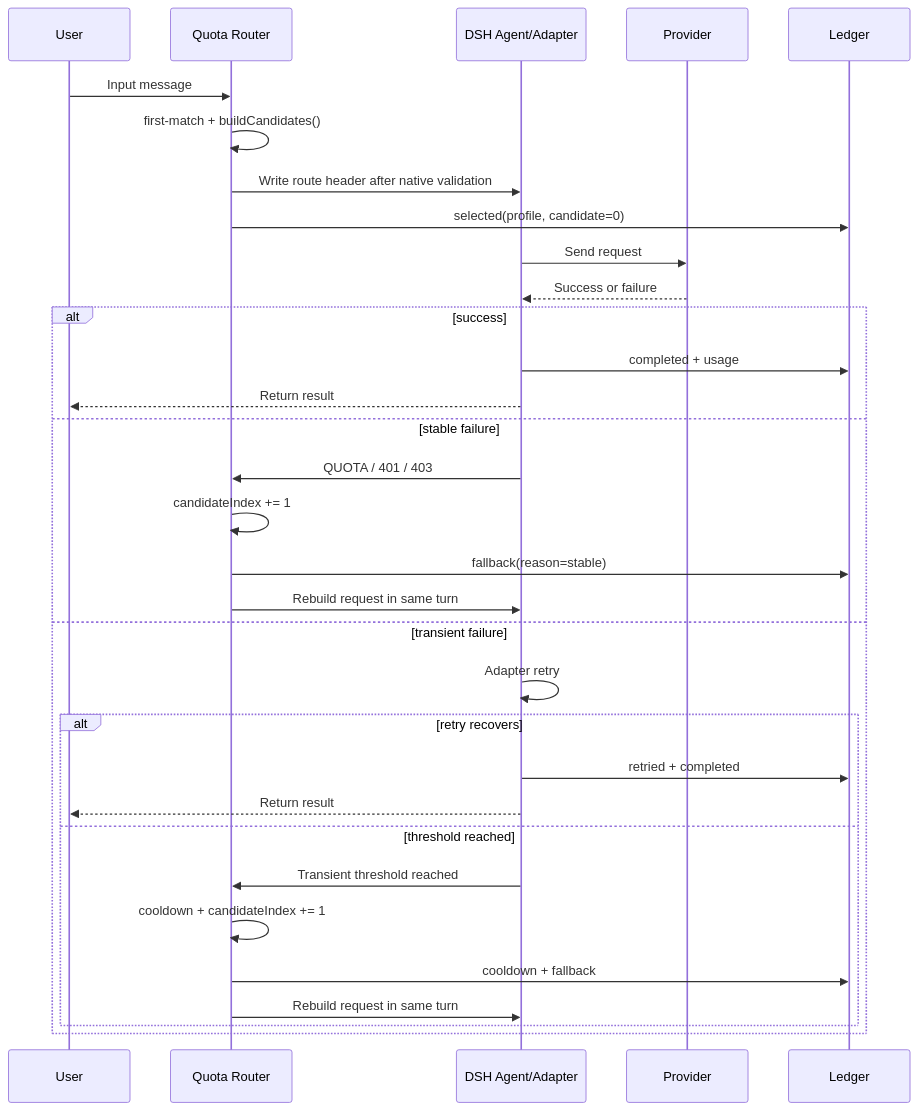
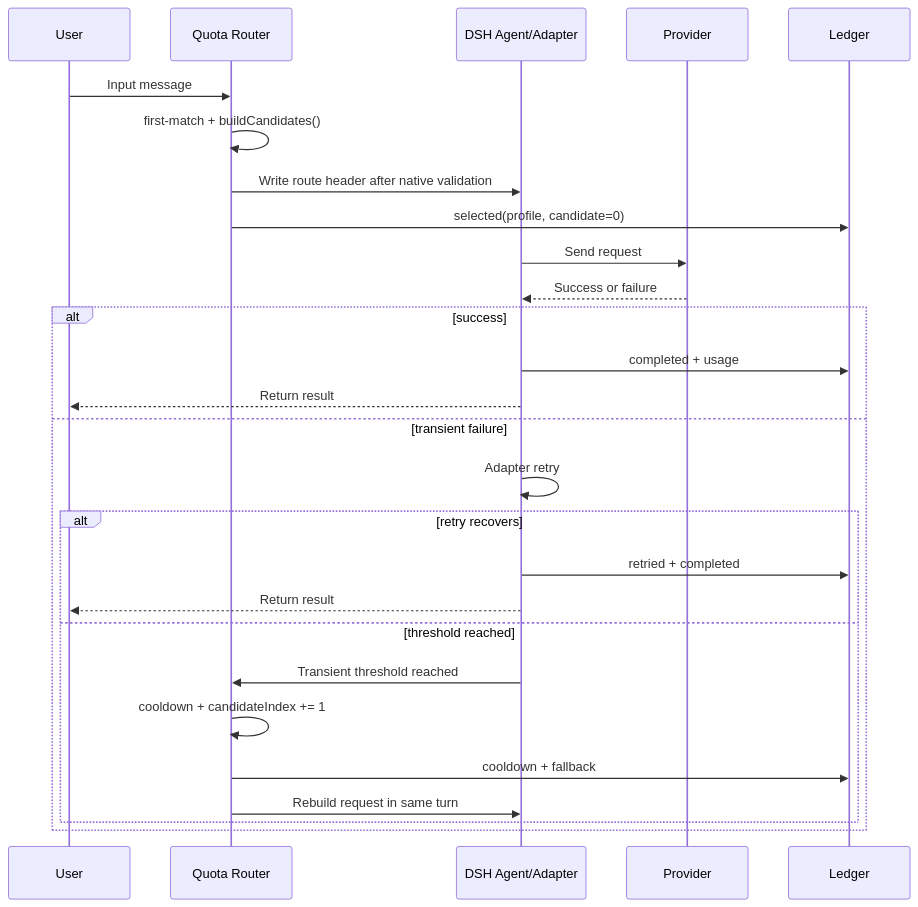
One commit to Liyuk/liyuk.github.io changed the second of 4 diagrams in src/content/projects/2026/08/quota-router-engineering/en.md. Above: the diagram before and after it, drawn with Mermaid. The commit also changed other lines of this file and 83 other files, not shown here.

````diff
--- a/src/content/projects/2026/08/quota-router-engineering/en.md
+++ b/src/content/projects/2026/08/quota-router-engineering/en.md
@@ -277,36 +277,31 @@
 ```mermaid
 sequenceDiagram
     participant User as User
     participant Router as Quota Router
     participant DSH as DSH Agent/Adapter
     participant Provider as Provider
     participant Ledger as Ledger
 
     User->>Router: Input message
     Router->>Router: first-match + buildCandidates()
     Router->>DSH: Write route header after native validation
     Router->>Ledger: selected(profile, candidate=0)
     DSH->>Provider: Send request
     Provider-->>DSH: Success or failure
 
     alt success
         DSH->>Ledger: completed + usage
         DSH-->>User: Return result
-    else stable failure
-        DSH->>Router: QUOTA / 401 / 403
-        Router->>Router: candidateIndex += 1
-        Router->>Ledger: fallback(reason=stable)
-        Router->>DSH: Rebuild request in same turn
     else transient failure
         DSH->>DSH: Adapter retry
         alt retry recovers
             DSH->>Ledger: retried + completed
             DSH-->>User: Return result
         else threshold reached
             DSH->>Router: Transient threshold reached
             Router->>Router: cooldown + candidateIndex += 1
             Router->>Ledger: cooldown + fallback
             Router->>DSH: Rebuild request in same turn
         end
     end
 ```
````
